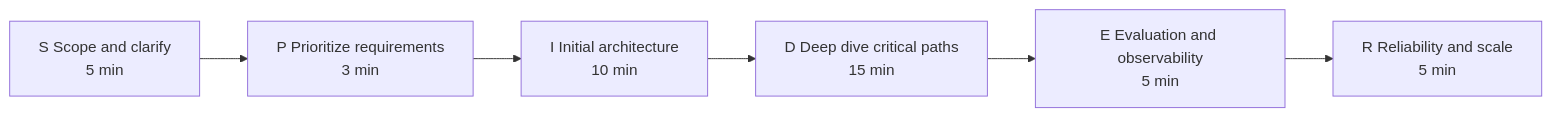
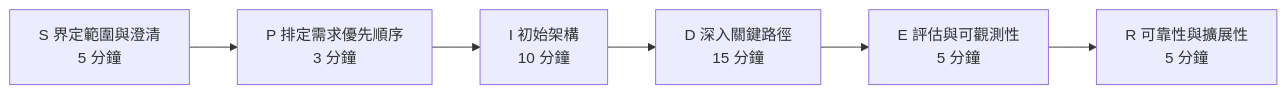
One commit to SidStraw/ai-system-design-guide changed the first of 2 diagrams in 00-interview-prep/02-answer-frameworks.md. Above: the diagram before and after it, drawn with Mermaid. The commit also changed other lines of this file and 83 other files, not shown here.

````diff
--- a/00-interview-prep/02-answer-frameworks.md
+++ b/00-interview-prep/02-answer-frameworks.md
@@ -23,8 +26,8 @@
 ```mermaid
 flowchart LR
-    A[S Scope and clarify<br/>5 min] --> B[P Prioritize requirements<br/>3 min]
-    B --> C[I Initial architecture<br/>10 min]
-    C --> D[D Deep dive critical paths<br/>15 min]
-    D --> E[E Evaluation and observability<br/>5 min]
-    E --> F[R Reliability and scale<br/>5 min]
+    A[S 界定範圍與澄清<br/>5 分鐘] --> B[P 排定需求優先順序<br/>3 分鐘]
+    B --> C[I 初始架構<br/>10 分鐘]
+    C --> D[D 深入關鍵路徑<br/>15 分鐘]
+    D --> E[E 評估與可觀測性<br/>5 分鐘]
+    E --> F[R 可靠性與擴展性<br/>5 分鐘]
 ```
````
